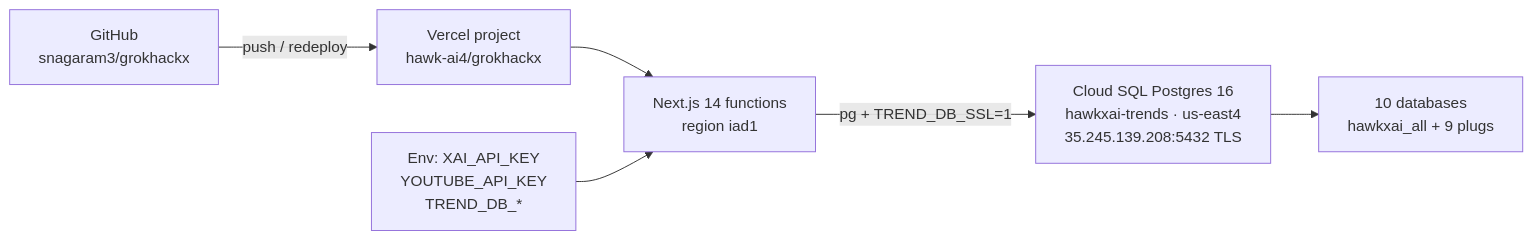
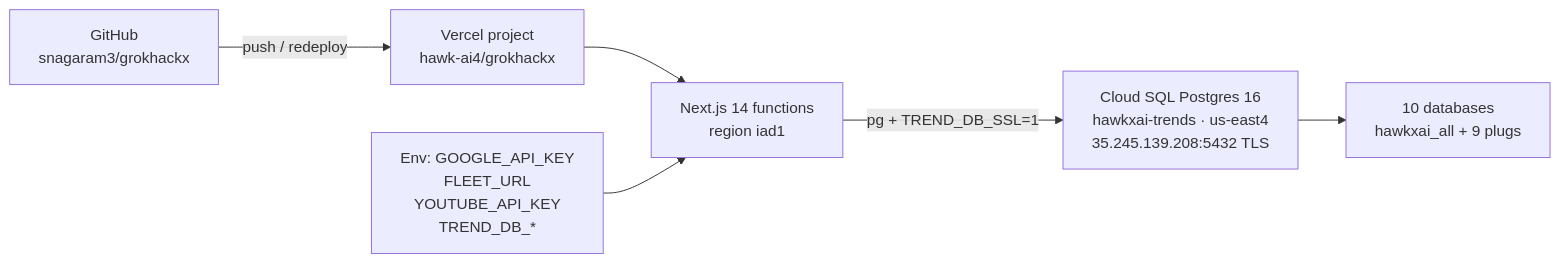
One commit to kishanraj41/hawkxai changed the first of 3 diagrams in docs/ARCHITECTURE.md. Above: the diagram before and after it, drawn with Mermaid. The commit also changed 53 other files, not shown here.

````diff
--- a/docs/ARCHITECTURE.md
+++ b/docs/ARCHITECTURE.md
@@ -11,15 +11,15 @@
 ```mermaid
 flowchart LR
   gh["GitHub<br/>snagaram3/grokhackx"]
   vercel["Vercel project<br/>hawk-ai4/grokhackx"]
   fn["Next.js 14 functions<br/>region iad1"]
-  env["Env: XAI_API_KEY<br/>YOUTUBE_API_KEY<br/>TREND_DB_*"]
+  env["Env: GOOGLE_API_KEY<br/>FLEET_URL<br/>YOUTUBE_API_KEY<br/>TREND_DB_*"]
   sql["Cloud SQL Postgres 16<br/>hawkxai-trends · us-east4<br/>35.245.139.208:5432 TLS"]
   dbs["10 databases<br/>hawkxai_all + 9 plugs"]
 
   gh -->|push / redeploy| vercel
   vercel --> fn
   env --> fn
   fn -->|"pg + TREND_DB_SSL=1"| sql
   sql --> dbs
 ```
````
